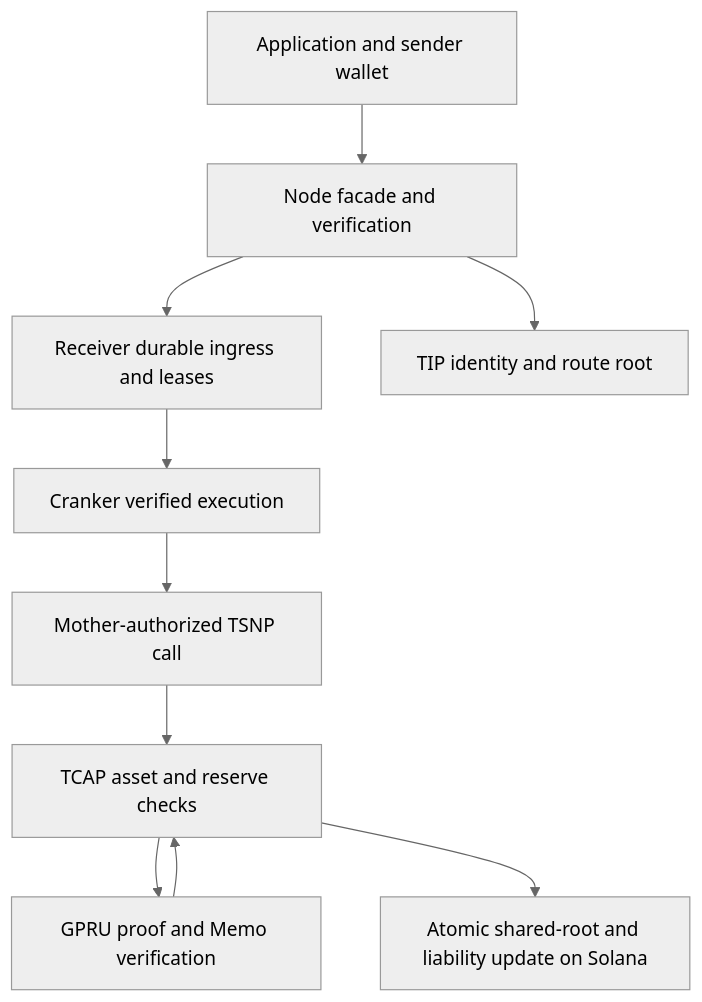
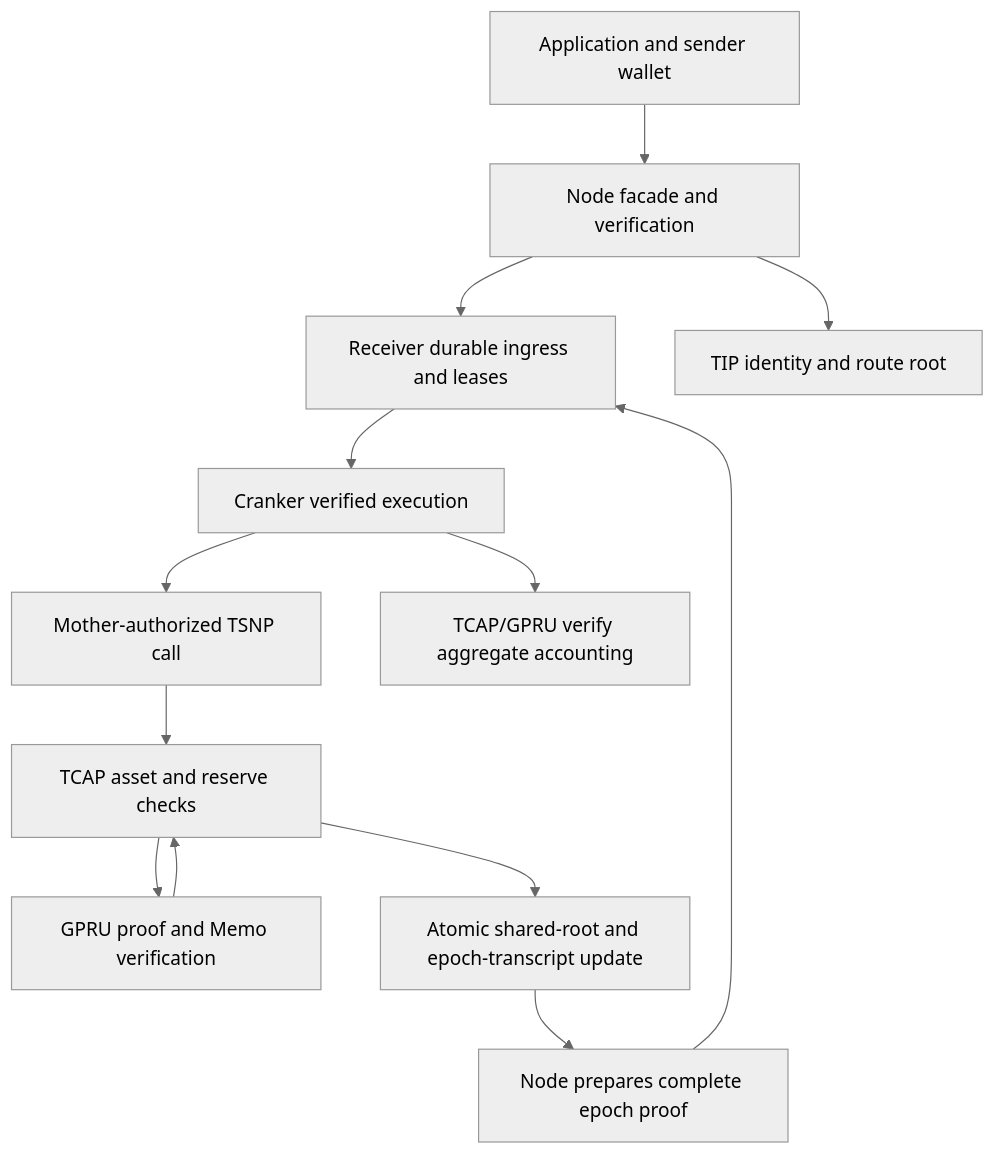
Before and after one commit to Trustlink-Labs/TSN-Protocol: the diagram in tsn-docs/overview/architecture.mdx, drawn with Mermaid (neutral theme). The commit also changed other lines of this file and 155 other files, not shown here.

````diff
--- a/tsn-docs/overview/architecture.mdx
+++ b/tsn-docs/overview/architecture.mdx
@@ -10,12 +10,15 @@
 ```mermaid
 flowchart TD
     W[Application and sender wallet] --> N[Node facade and verification]
     N --> R[Receiver durable ingress and leases]
     N --> I[TIP identity and route root]
     R --> K[Cranker verified execution]
     K --> S[Mother-authorized TSNP call]
     S --> C[TCAP asset and reserve checks]
     C --> G[GPRU proof and Memo verification]
     G --> C
-    C --> L[Atomic shared-root and liability update on Solana]
+    C --> L[Atomic shared-root and epoch-transcript update]
+    L --> E[Node prepares complete epoch proof]
+    E --> R
+    K --> Q[TCAP/GPRU verify aggregate accounting]
 ```
````
